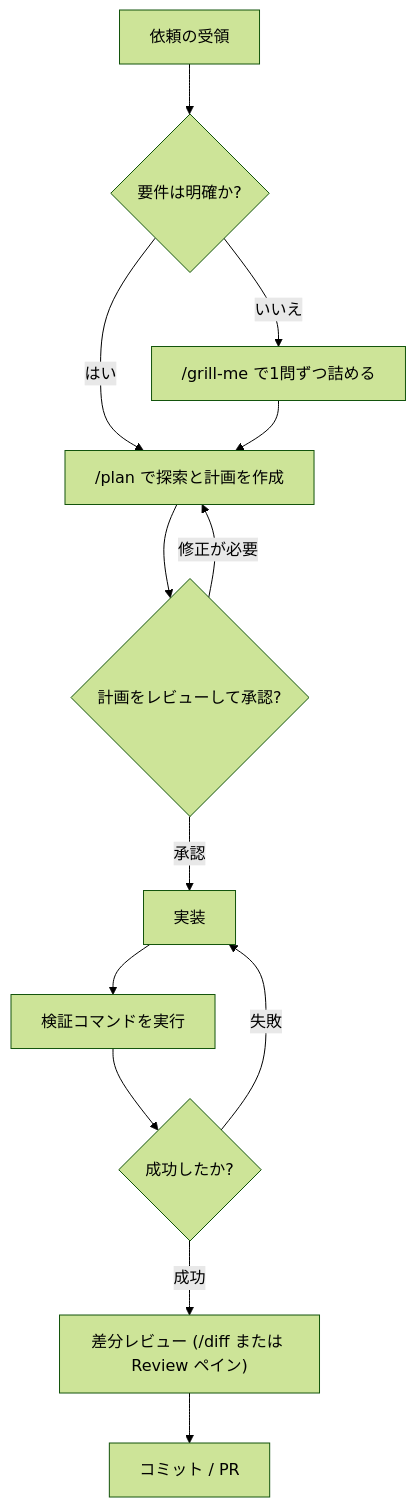
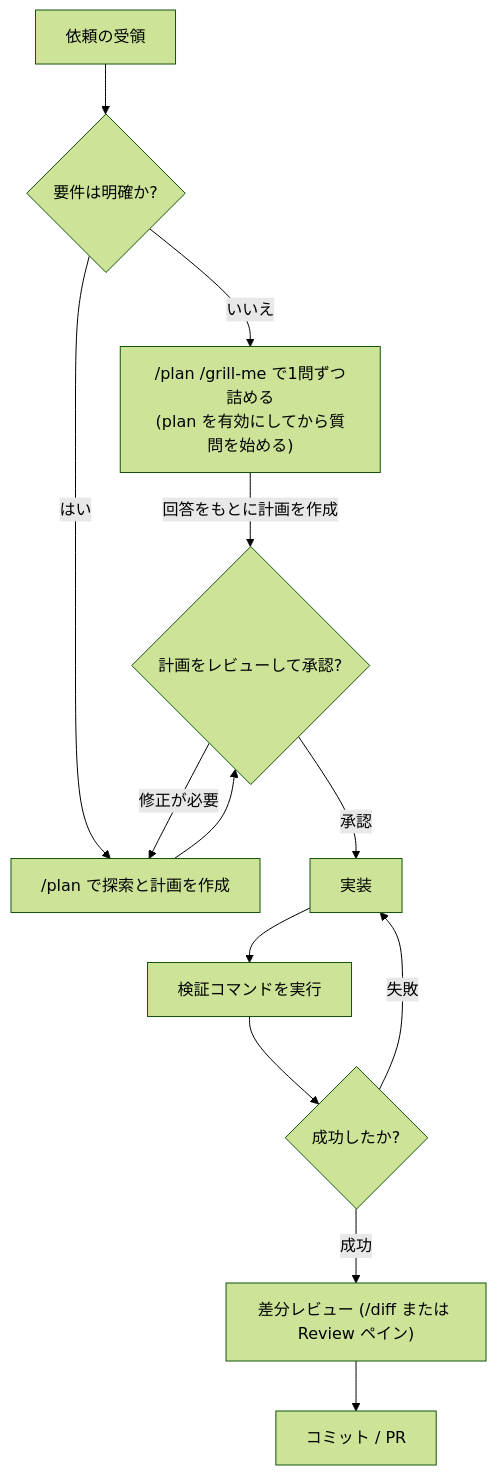
Before and after one commit to myoshi2891/Comparison-of-LLMs: the sixth of 11 diagrams in Google-antigravity-best-practices-guide.md, drawn with Mermaid (forest theme). The commit also changed other lines of this file, not shown here.

Commit message:
docs(google): document enterprise sandbox presets, recommend /plan with /grill-me, and note unsandboxed rules in Antigravity guide

````diff
--- a/Google-antigravity-best-practices-guide.md
+++ b/Google-antigravity-best-practices-guide.md
@@ -563,15 +564,15 @@
 ```mermaid
 flowchart TB
   S["依頼の受領"] --> Q{"要件は明確か?"}
-  Q -- "いいえ" --> G["/grill-me で1問ずつ詰める"]
+  Q -- "いいえ" --> G["/plan /grill-me で1問ずつ詰める<br/>(plan を有効にしてから質問を始める)"]
   Q -- "はい" --> P["/plan で探索と計画を作成"]
-  G --> P
+  G -- "回答をもとに計画を作成" --> R
   P --> R{"計画をレビューして承認?"}
   R -- "修正が必要" --> P
   R -- "承認" --> X["実装"]
   X --> V["検証コマンドを実行"]
   V --> T{"成功したか?"}
   T -- "失敗" --> X
   T -- "成功" --> H["差分レビュー (/diff または Review ペイン)"]
   H --> D["コミット / PR"]
 ```
````
